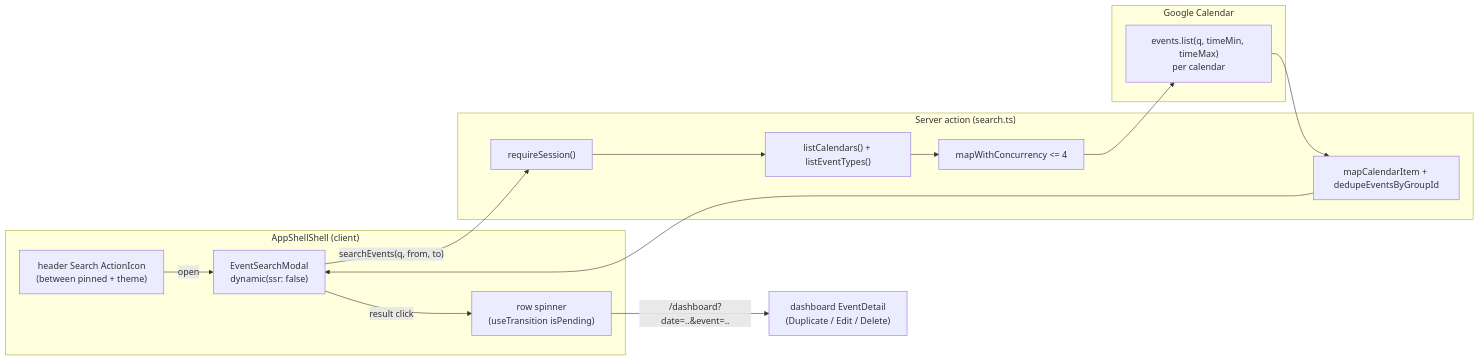
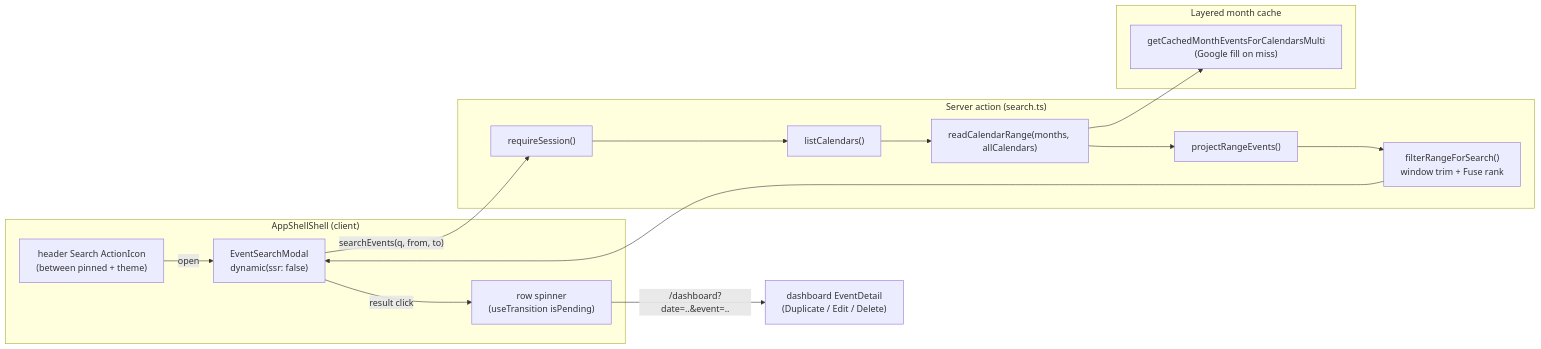
One commit to oncloudnintynineone-source/cloudy2 changed the diagram in docs/event-search.md. Above: the diagram before and after it, drawn with Mermaid. The commit also changed other lines of this file and 15 other files, not shown here.

Commit message:
feat: add Fuse.js fuzzy search to pickers, contacts, users, and events

````diff
--- a/docs/event-search.md
+++ b/docs/event-search.md
@@ -59,23 +62,23 @@
 ```mermaid
 flowchart LR
  subgraph SHELL["AppShellShell (client)"]
  B["header Search ActionIcon<br/>(between pinned + theme)"]
  M["EventSearchModal<br/>dynamic(ssr: false)"]
  SPIN["row spinner<br/>(useTransition isPending)"]
  end
  subgraph ACTION["Server action (search.ts)"]
  R["requireSession()"]
- C["listCalendars() + listEventTypes()"]
- F["mapWithConcurrency <= 4"]
- MAP["mapCalendarItem + dedupeEventsByGroupId"]
+ C["listCalendars()"]
+ RC["readCalendarRange(months, allCalendars)"]
+ PJ["projectRangeEvents()"]
+ FF["filterRangeForSearch()<br/>window trim + Fuse rank"]
  end
- subgraph G["Google Calendar"]
- LIST["events.list(q, timeMin, timeMax)<br/>per calendar"]
+ subgraph CACHE["Layered month cache"]
+ MC["getCachedMonthEventsForCalendarsMulti<br/>(Google fill on miss)"]
  end
  B -->|open| M
- M -->|"searchEvents(q, from, to)"| R --> C --> F
- F --> LIST
- LIST --> MAP --> M
+ M -->|"searchEvents(q, from, to)"| R --> C --> RC --> MC
+ RC --> PJ --> FF --> M
  M -->|result click| SPIN
  SPIN -->|"/dashboard?date=..&event=.."| DEEP["dashboard EventDetail<br/>(Duplicate / Edit / Delete)"]
 ```
````
